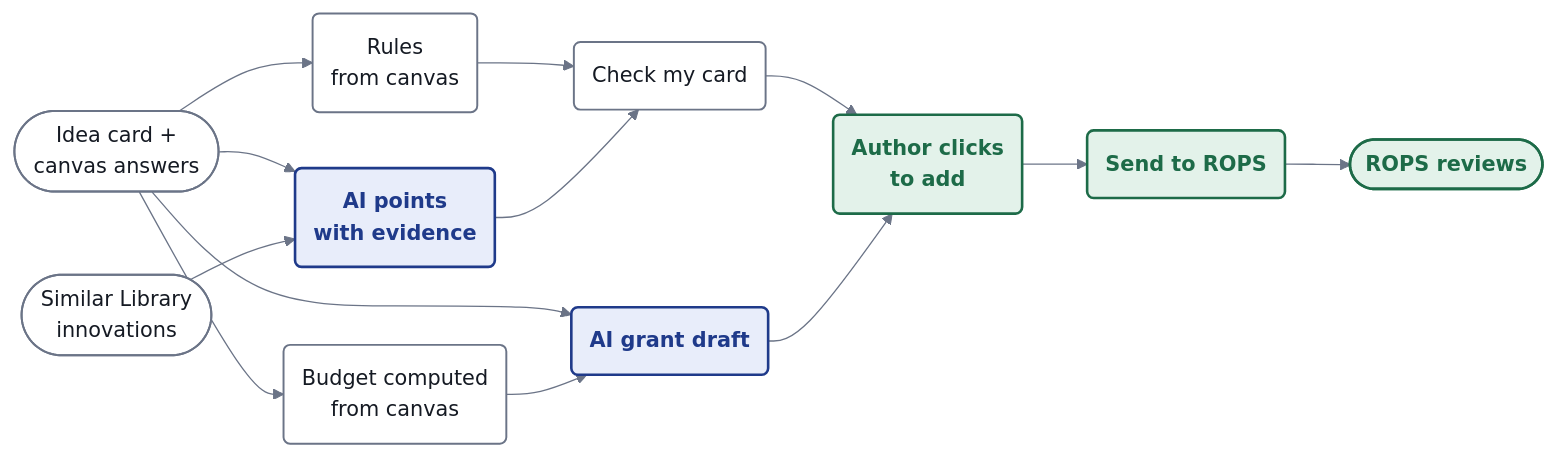
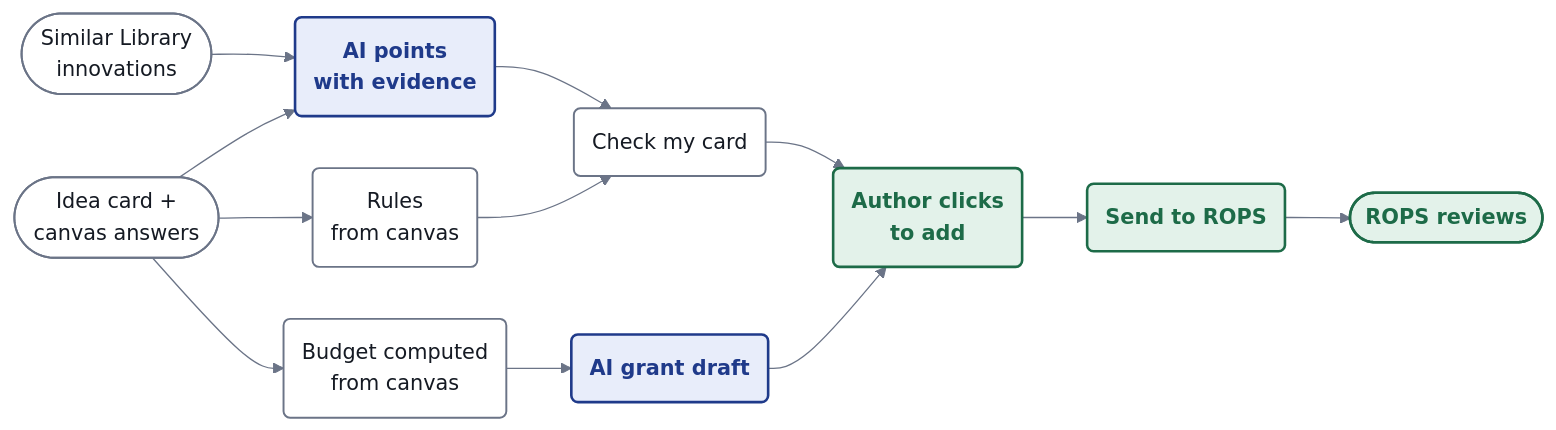
The third of 5 diagrams in docs/AI_WORKFLOW.md (DEFALT314/feniks), drawn with Mermaid before and after one commit. The commit also changed other lines of this file and 8 other files, not shown here.

Commit message:
AI diagrams: embeddings diagram, simpler overview and creator lanes

````diff
--- a/docs/AI_WORKFLOW.md
+++ b/docs/AI_WORKFLOW.md
@@ -55,19 +54,18 @@
 ```mermaid
 %%{init: {"theme":"base","themeVariables":{"background":"#FFFFFF","primaryColor":"#FFFFFF","primaryBorderColor":"#1F3A8A","primaryTextColor":"#151A23","lineColor":"#6B7487","fontFamily":"Inter, Arial, Liberation Sans, Noto Sans, sans-serif","fontSize":"16px"},"flowchart":{"curve":"basis","nodeSpacing":40,"rankSpacing":50,"padding":14,"wrappingWidth":260}}}%%
 flowchart LR
+    L(["Similar Library<br/>innovations"]):::data --> X("AI points<br/>with evidence"):::ai
     I(["Idea card +<br/>canvas answers"]):::data --> R1("Rules<br/>from canvas"):::data
-    I --> X("AI points<br/>with evidence"):::ai
-    L(["Similar Library<br/>innovations"]):::data --> X
+    I --> X
     I --> B("Budget computed<br/>from canvas"):::data
-    I --> G("AI grant draft"):::ai
-    B --> G
-    R1 --> C("Check my card"):::data
-    X --> C
+    X --> C("Check my card"):::data
+    R1 --> C
+    B --> G("AI grant draft"):::ai
     C --> H("Author clicks<br/>to add"):::human
     G --> H
     H --> S("Send to ROPS"):::human
     S --> RV(["ROPS reviews"]):::human
     classDef ai fill:#E8EDFA,stroke:#1F3A8A,stroke-width:2px,color:#1F3A8A,font-weight:bold
     classDef data fill:#FFFFFF,stroke:#6B7487,stroke-width:1.5px,color:#151A23
     classDef human fill:#E3F2EA,stroke:#1D6B48,stroke-width:2px,color:#1D6B48,font-weight:bold
 ```
````
